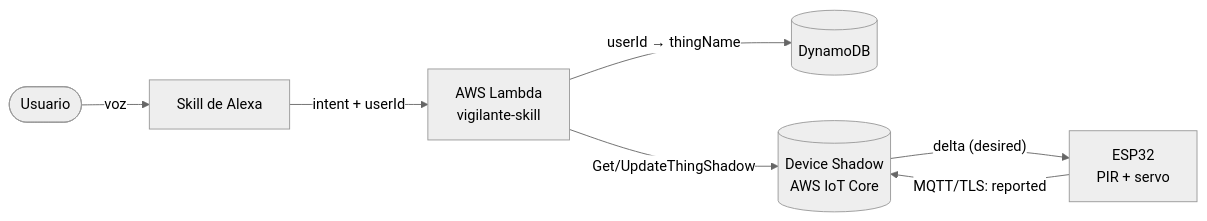
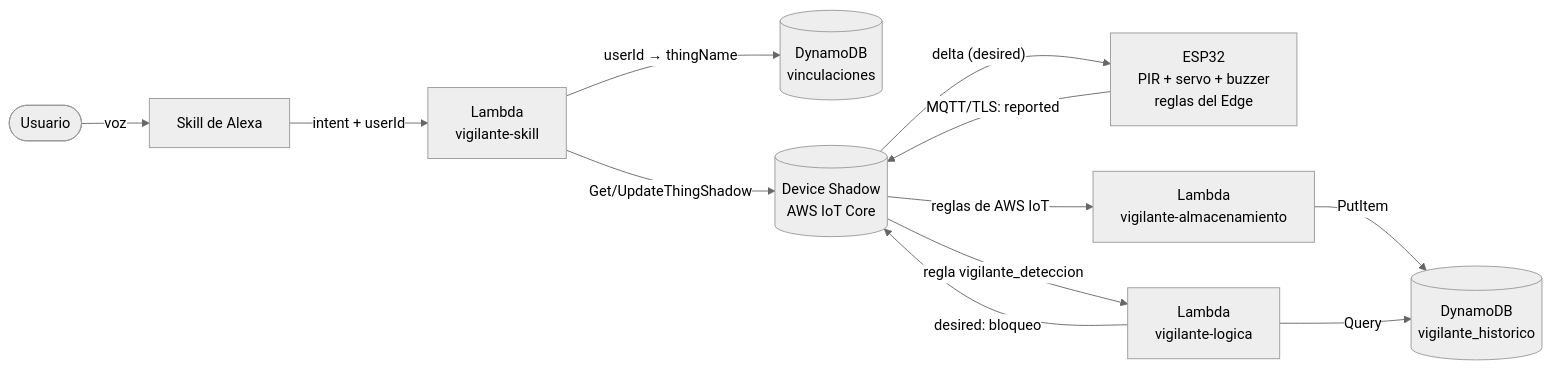
Before and after one commit to Alous12/Practica_3_IOT: the diagram in README.md, drawn with Mermaid (neutral theme). The commit also changed other lines of this file and 22 other files, not shown here.

````diff
--- a/README.md
+++ b/README.md
@@ -15,9 +26,14 @@
 ```mermaid
 flowchart LR
     U(["Usuario"]) -- voz --> AX["Skill de Alexa"]
-    AX -- "intent + userId" --> L["AWS Lambda<br/>vigilante-skill"]
-    L -- "userId → thingName" --> DB[("DynamoDB")]
+    AX -- "intent + userId" --> L["Lambda<br/>vigilante-skill"]
+    L -- "userId → thingName" --> DB[("DynamoDB<br/>vinculaciones")]
     L -- "Get/UpdateThingShadow" --> SH[("Device Shadow<br/>AWS IoT Core")]
-    OI["ESP32<br/>PIR + servo"] -- "MQTT/TLS: reported" --> SH
+    OI["ESP32<br/>PIR + servo + buzzer<br/>reglas del Edge"] -- "MQTT/TLS: reported" --> SH
     SH -- "delta (desired)" --> OI
+    SH -- "reglas de AWS IoT" --> LA["Lambda<br/>vigilante-almacenamiento"]
+    SH -- "regla vigilante_deteccion" --> LN["Lambda<br/>vigilante-logica"]
+    LA -- "PutItem" --> H[("DynamoDB<br/>vigilante_historico")]
+    LN -- "Query" --> H
+    LN -- "desired: bloqueo" --> SH
 ```
````
